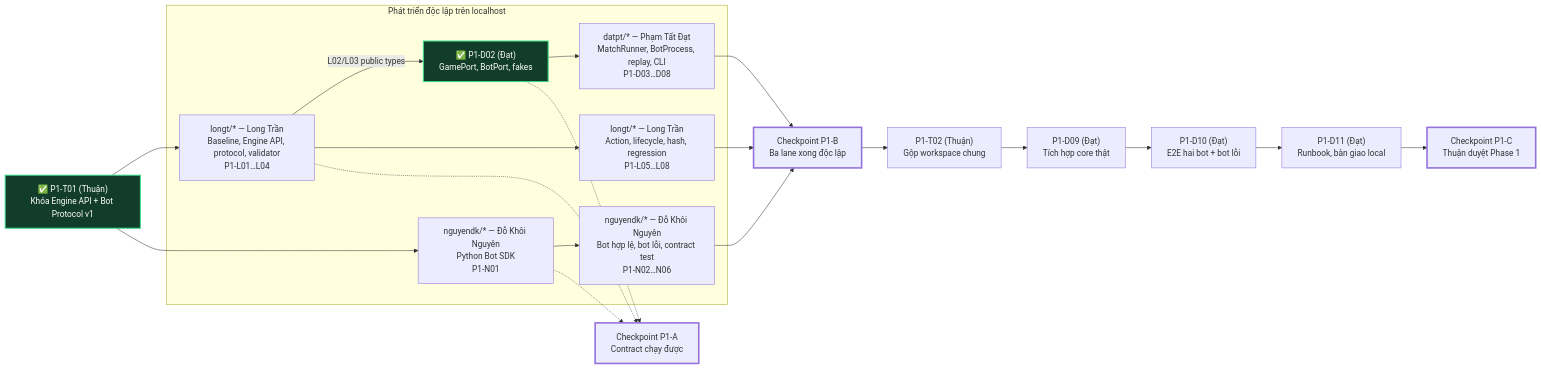
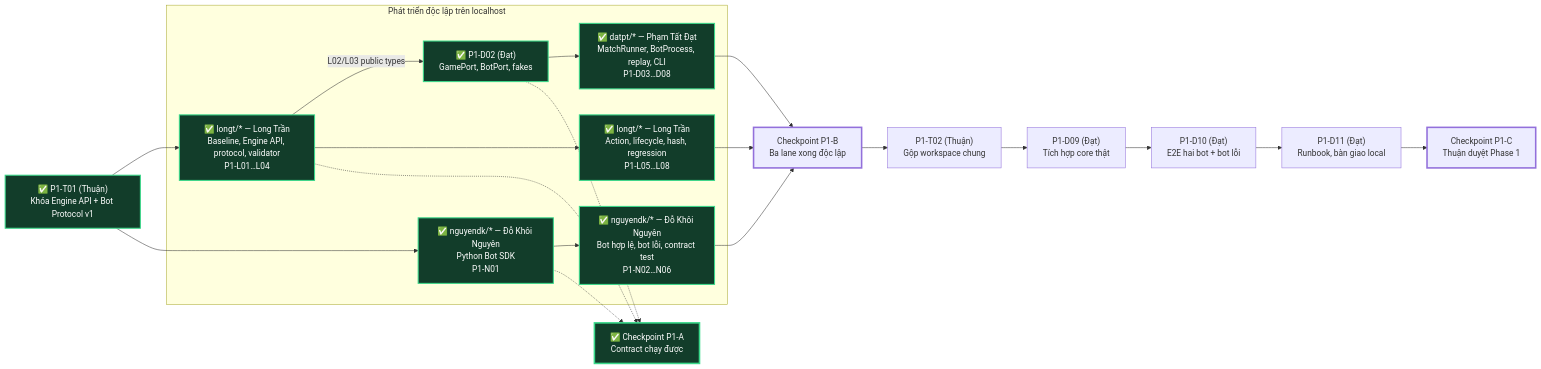
The first of 2 diagrams in docs/team-assignment-phase-1-2.md (sock1000kg/dau-giai-ott), drawn with Mermaid before and after one commit. The commit also changed other lines of this file and 1 other file, not shown here.

Commit message:
docs: reconcile phase one task status

````diff
--- a/docs/team-assignment-phase-1-2.md
+++ b/docs/team-assignment-phase-1-2.md
@@ -89,36 +89,36 @@
 ```mermaid
 flowchart LR
     T01["✅ P1-T01 (Thuận)<br/>Khóa Engine API + Bot Protocol v1"]
 
     subgraph LANES["Phát triển độc lập trên localhost"]
-        L1["longt/* — Long Trần<br/>Baseline, Engine API, protocol, validator<br/>P1-L01…L04"]
-        L2["longt/* — Long Trần<br/>Action, lifecycle, hash, regression<br/>P1-L05…L08"]
-        N1["nguyendk/* — Đỗ Khôi Nguyên<br/>Python Bot SDK<br/>P1-N01"]
-        N2["nguyendk/* — Đỗ Khôi Nguyên<br/>Bot hợp lệ, bot lỗi, contract test<br/>P1-N02…N06"]
+        L1["✅ longt/* — Long Trần<br/>Baseline, Engine API, protocol, validator<br/>P1-L01…L04"]
+        L2["✅ longt/* — Long Trần<br/>Action, lifecycle, hash, regression<br/>P1-L05…L08"]
+        N1["✅ nguyendk/* — Đỗ Khôi Nguyên<br/>Python Bot SDK<br/>P1-N01"]
+        N2["✅ nguyendk/* — Đỗ Khôi Nguyên<br/>Bot hợp lệ, bot lỗi, contract test<br/>P1-N02…N06"]
         D1["✅ P1-D02 (Đạt)<br/>GamePort, BotPort, fakes"]
-        D2["datpt/* — Phạm Tất Đạt<br/>MatchRunner, BotProcess, replay, CLI<br/>P1-D03…D08"]
+        D2["✅ datpt/* — Phạm Tất Đạt<br/>MatchRunner, BotProcess, replay, CLI<br/>P1-D03…D08"]
     end
 
-    PA["Checkpoint P1-A<br/>Contract chạy được"]
+    PA["✅ Checkpoint P1-A<br/>Contract chạy được"]
     PB["Checkpoint P1-B<br/>Ba lane xong độc lập"]
     T02["P1-T02 (Thuận)<br/>Gộp workspace chung"]
     D9["P1-D09 (Đạt)<br/>Tích hợp core thật"]
     D10["P1-D10 (Đạt)<br/>E2E hai bot + bot lỗi"]
     D11["P1-D11 (Đạt)<br/>Runbook, bàn giao local"]
     PC["Checkpoint P1-C<br/>Thuận duyệt Phase 1"]
 
     T01 --> L1
     T01 --> N1
     L1 -->|L02/L03 public types| D1
     L1 --> L2
     N1 --> N2
     D1 --> D2
     L1 & N1 & D1 -.-> PA
     L2 & N2 & D2 --> PB
     PB --> T02 --> D9 --> D10 --> D11 --> PC
 
     classDef done fill:#123d2a,stroke:#39d98a,color:#ffffff,stroke-width:2px;
     classDef gate stroke-width:3px;
-    class T01,D1 done;
+    class T01,L1,L2,N1,N2,D1,D2,PA done;
     class PA,PB,PC gate;
 ```
````
